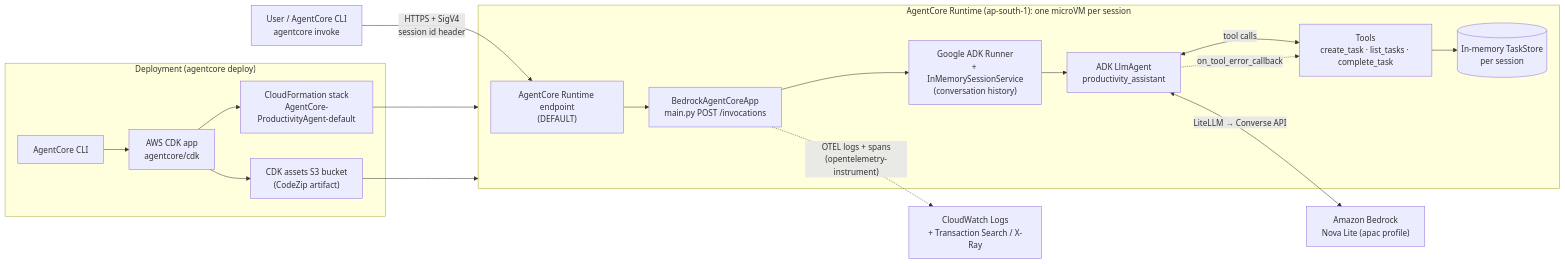
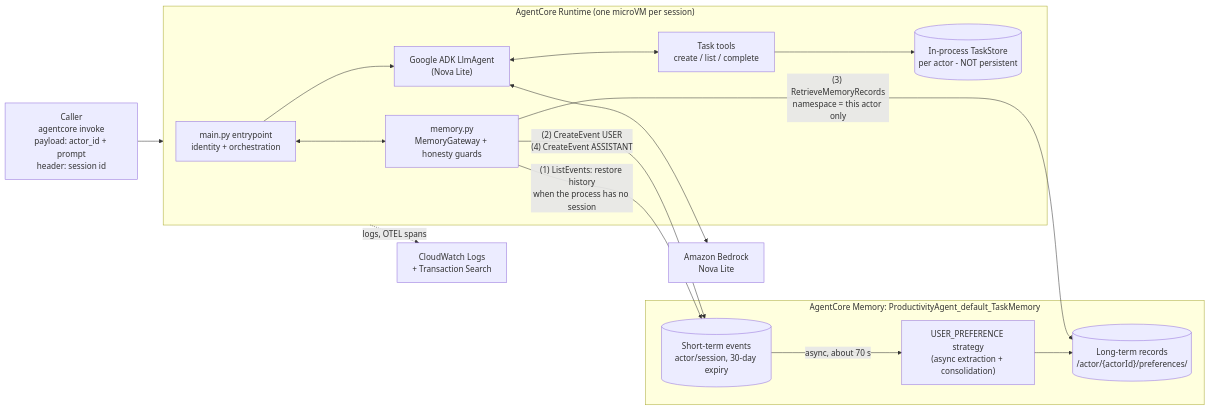
One commit to IAMMOJAHID/bedrock_agentcore_runtime changed the diagram in ProductivityAgent/README.md. Above: the diagram before and after it, drawn with Mermaid. The commit also changed other lines of this file and 30 other files, not shown here.

````diff
--- a/ProductivityAgent/README.md
+++ b/ProductivityAgent/README.md
@@ -34,24 +37,28 @@
 ```mermaid
 flowchart LR
-    U["User / AgentCore CLI<br/>agentcore invoke"] -->|"HTTPS + SigV4<br/>session id header"| EP["AgentCore Runtime endpoint<br/>(DEFAULT)"]
+    U["Caller<br/>agentcore invoke<br/>payload: actor_id + prompt<br/>header: session id"] --> RT
 
-    subgraph RT["AgentCore Runtime (ap-south-1): one microVM per session"]
-        EP --> APP["BedrockAgentCoreApp<br/>main.py  POST /invocations"]
-        APP --> RUN["Google ADK Runner<br/>+ InMemorySessionService<br/>(conversation history)"]
-        RUN --> AG["ADK LlmAgent<br/>productivity_assistant"]
-        AG <-->|"tool calls"| T["Tools<br/>create_task · list_tasks · complete_task"]
-        T --> S[("In-memory TaskStore<br/>per session")]
-        AG -. "on_tool_error_callback" .-> T
+    subgraph RT["AgentCore Runtime (one microVM per session)"]
+        M["main.py entrypoint<br/>identity + orchestration"]
+        A["Google ADK LlmAgent<br/>(Nova Lite)"]
+        T["Task tools<br/>create / list / complete"]
+        TS[("In-process TaskStore<br/>per actor - NOT persistent")]
+        G["memory.py<br/>MemoryGateway + honesty guards"]
+        M --> A
+        A <--> T --> TS
+        M <--> G
     end
 
-    AG <-->|"LiteLLM → Converse API"| BR["Amazon Bedrock<br/>Nova Lite (apac profile)"]
-    APP -. "OTEL logs + spans<br/>(opentelemetry-instrument)" .-> CW["CloudWatch Logs<br/>+ Transaction Search / X-Ray"]
+    subgraph MEM["AgentCore Memory: ProductivityAgent_default_TaskMemory"]
+        EV[("Short-term events<br/>actor/session, 30-day expiry")]
+        STRAT["USER_PREFERENCE strategy<br/>(async extraction + consolidation)"]
+        LT[("Long-term records<br/>/actor/{actorId}/preferences/")]
+        EV -- "async, about 70 s" --> STRAT --> LT
+    end
 
-    subgraph DEP["Deployment (agentcore deploy)"]
-        CLI["AgentCore CLI"] --> CDK["AWS CDK app<br/>agentcore/cdk"]
-        CDK --> CFN["CloudFormation stack<br/>AgentCore-ProductivityAgent-default"]
-        CDK --> S3["CDK assets S3 bucket<br/>(CodeZip artifact)"]
-    end
-    CFN --> RT
-    S3 --> RT
+    G -- "(1) ListEvents: restore history<br/>when the process has no session" --> EV
+    G -- "(2) CreateEvent USER<br/>(4) CreateEvent ASSISTANT" --> EV
+    G -- "(3) RetrieveMemoryRecords<br/>namespace = this actor only" --> LT
+    A <--> BR["Amazon Bedrock<br/>Nova Lite"]
+    RT -. "logs, OTEL spans" .-> CW["CloudWatch Logs<br/>+ Transaction Search"]
 ```
````
